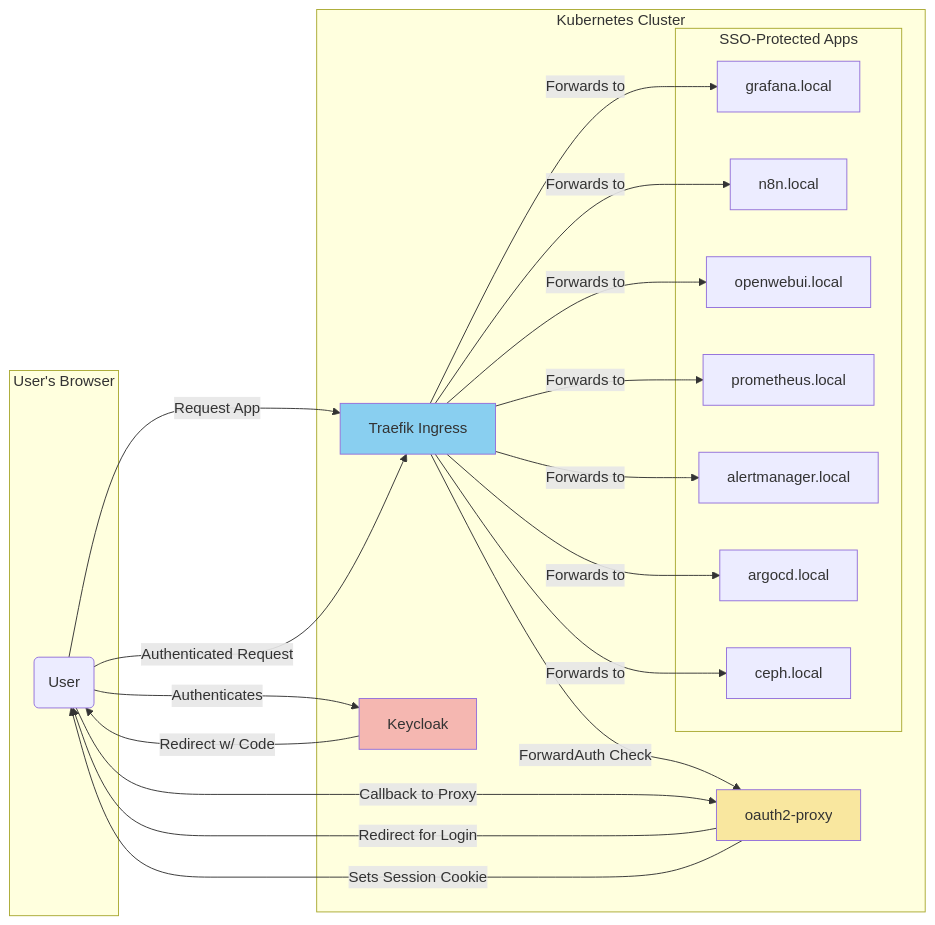
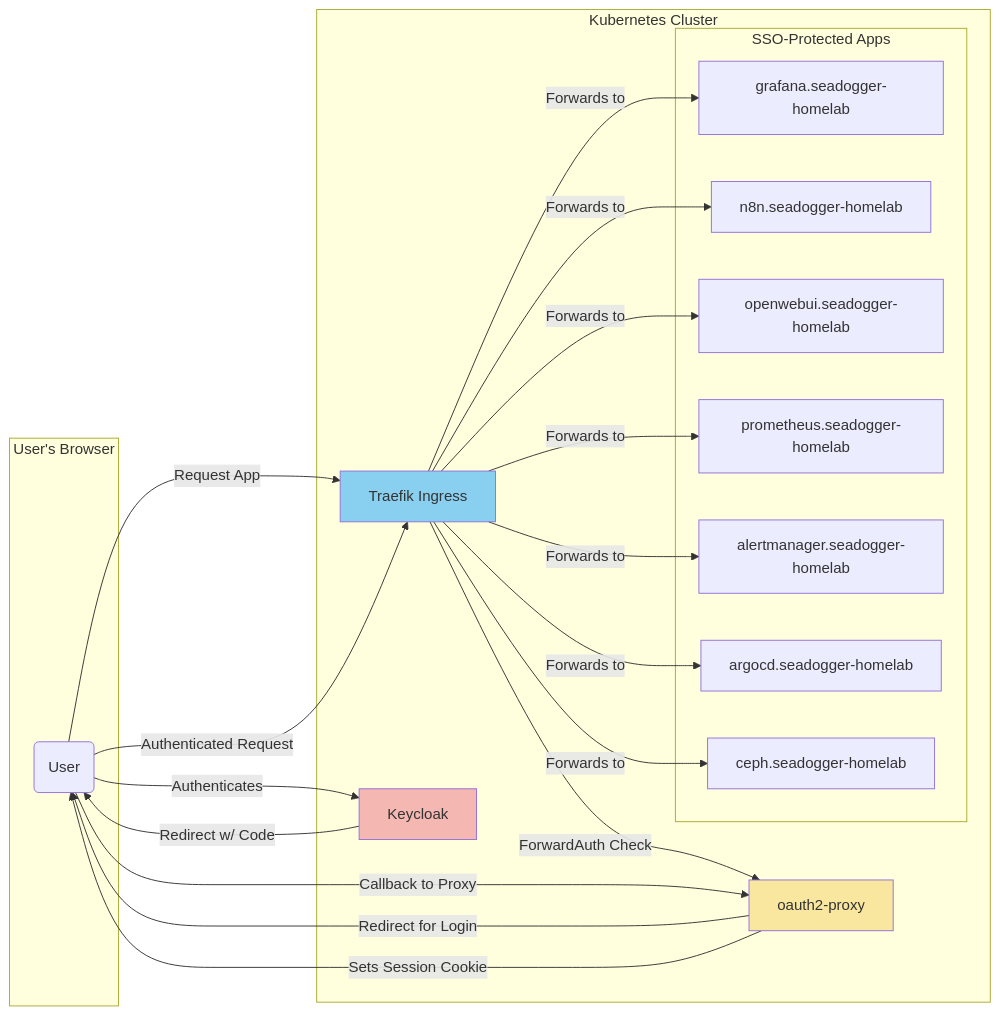
The fifth of 8 diagrams in docs/wiki/08-Security-and-Certificates.md (seadogger-tech/seadogger-homelab), drawn with Mermaid before and after one commit. The commit also changed other lines of this file and 15 other files, not shown here.

````diff
--- a/docs/wiki/08-Security-and-Certificates.md
+++ b/docs/wiki/08-Security-and-Certificates.md
@@ -199,42 +240,42 @@
 ```mermaid
 graph LR
     subgraph "User's Browser"
         U(User)
     end
 
     subgraph "Kubernetes Cluster"
         T[Traefik Ingress]
         O[oauth2-proxy]
         K[Keycloak]
         subgraph "SSO-Protected Apps"
-            A1[grafana.local]
-            A2[n8n.local]
-            A3[openwebui.local]
-            A4[prometheus.local]
-            A5[alertmanager.local]
-            A6[argocd.local]
-            A7[ceph.local]
+            A1[grafana.seadogger-homelab]
+            A2[n8n.seadogger-homelab]
+            A3[openwebui.seadogger-homelab]
+            A4[prometheus.seadogger-homelab]
+            A5[alertmanager.seadogger-homelab]
+            A6[argocd.seadogger-homelab]
+            A7[ceph.seadogger-homelab]
         end
     end
 
     U -- "Request App" --> T
     T -- "ForwardAuth Check" --> O
     O -- "Redirect for Login" --> U
     U -- "Authenticates" --> K
     K -- "Redirect w/ Code" --> U
     U -- "Callback to Proxy" --> O
     O -- "Sets Session Cookie" --> U
     U -- "Authenticated Request" --> T
     
     T -- "Forwards to" --> A1
     T -- "Forwards to" --> A2
     T -- "Forwards to" --> A3
     T -- "Forwards to" --> A4
     T -- "Forwards to" --> A5
     T -- "Forwards to" --> A6
     T -- "Forwards to" --> A7
 
     style T fill:#89cff0
     style O fill:#f9e79f
     style K fill:#f5b7b1
 ```
````
